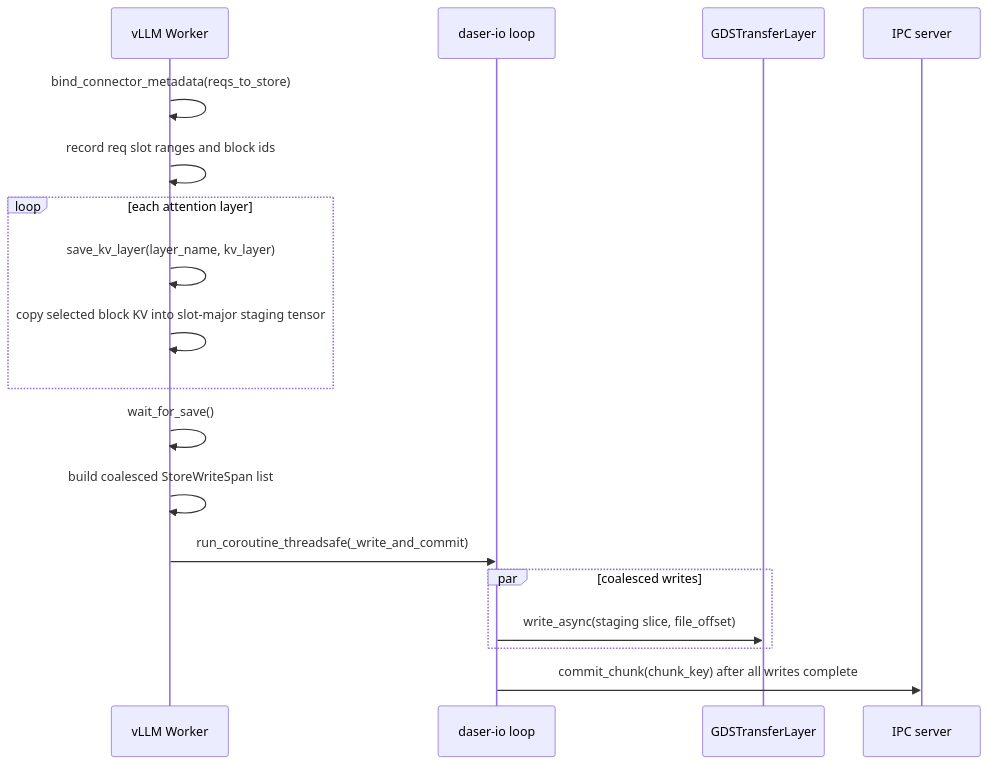
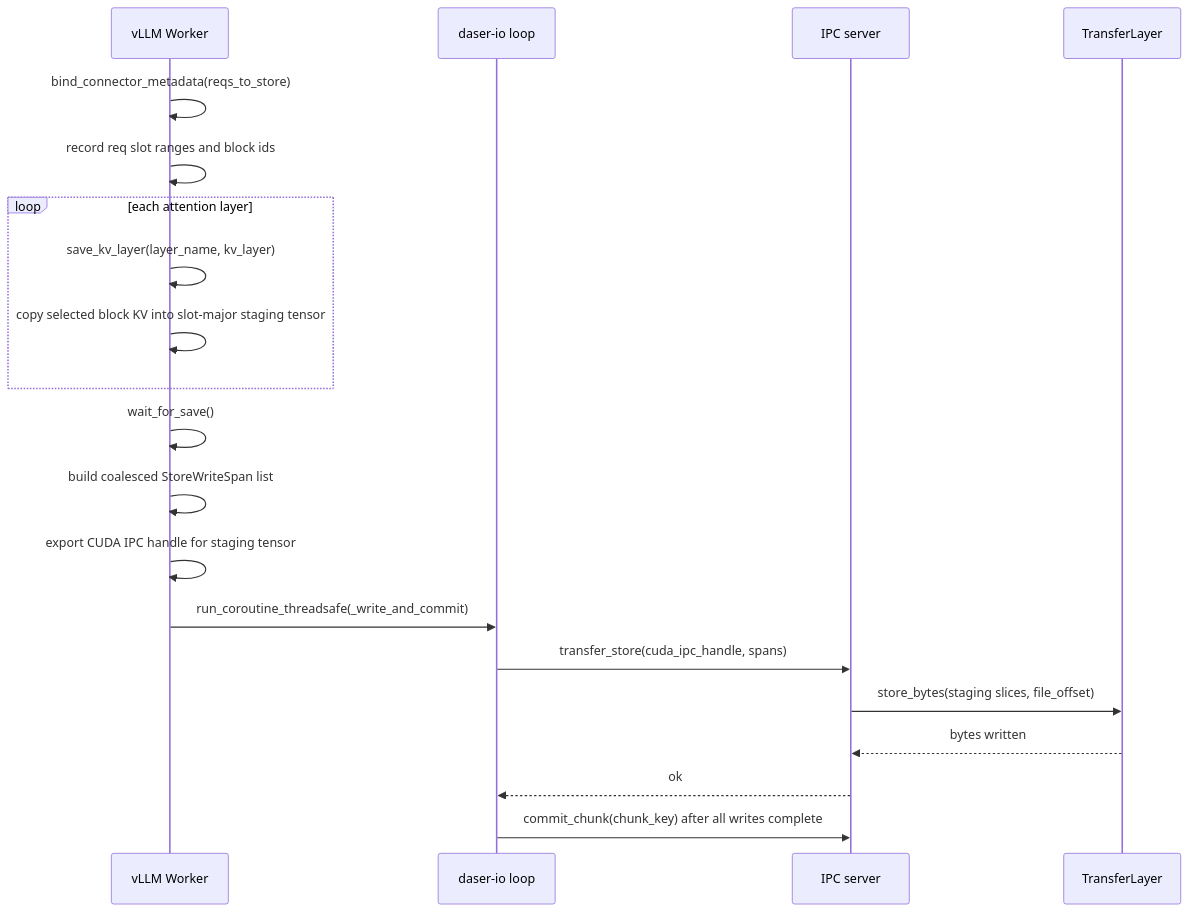
Before and after one commit to GentleCold/DaseR: the fourth of 8 diagrams in docs/design/flows.md, drawn with Mermaid. The commit also changed other lines of this file and 3 other files, not shown here.

````diff
--- a/docs/design/flows.md
+++ b/docs/design/flows.md
@@ -102,21 +102,23 @@
 ```mermaid
 sequenceDiagram
     participant W as vLLM Worker
     participant BG as daser-io loop
-    participant GDS as GDSTransferLayer
     participant IPC as IPC server
+    participant TL as TransferLayer
 
     W->>W: bind_connector_metadata(reqs_to_store)
     W->>W: record req slot ranges and block ids
     loop each attention layer
         W->>W: save_kv_layer(layer_name, kv_layer)
         W->>W: copy selected block KV into slot-major staging tensor
     end
     W->>W: wait_for_save()
     W->>W: build coalesced StoreWriteSpan list
+    W->>W: export CUDA IPC handle for staging tensor
     W->>BG: run_coroutine_threadsafe(_write_and_commit)
-    par coalesced writes
-        BG->>GDS: write_async(staging slice, file_offset)
-    end
+    BG->>IPC: transfer_store(cuda_ipc_handle, spans)
+    IPC->>TL: store_bytes(staging slices, file_offset)
+    TL-->>IPC: bytes written
+    IPC-->>BG: ok
     BG->>IPC: commit_chunk(chunk_key) after all writes complete
 ```
````
